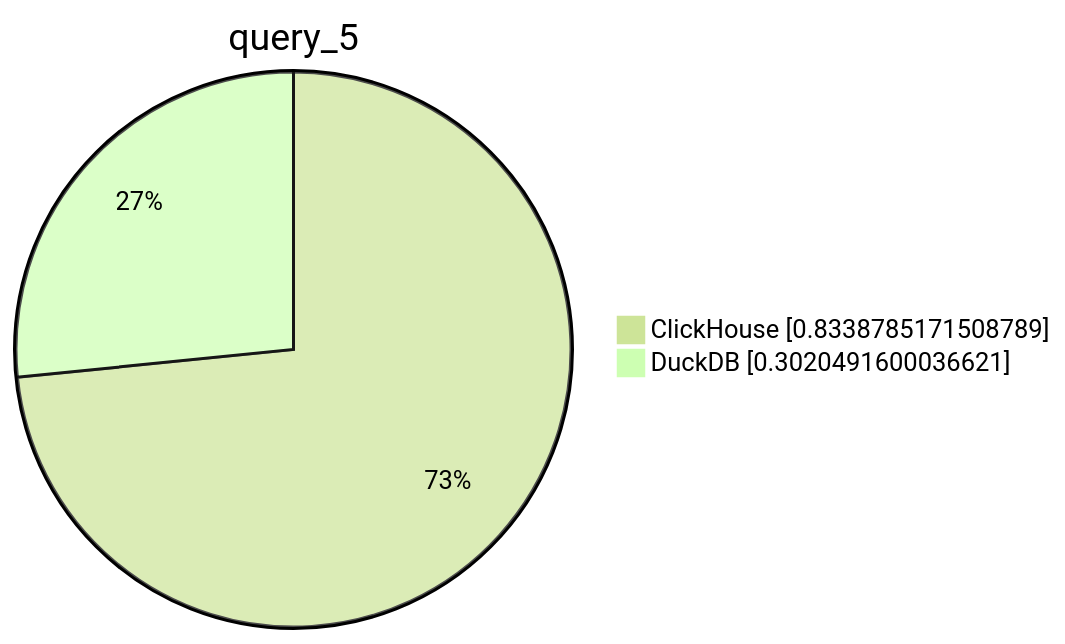
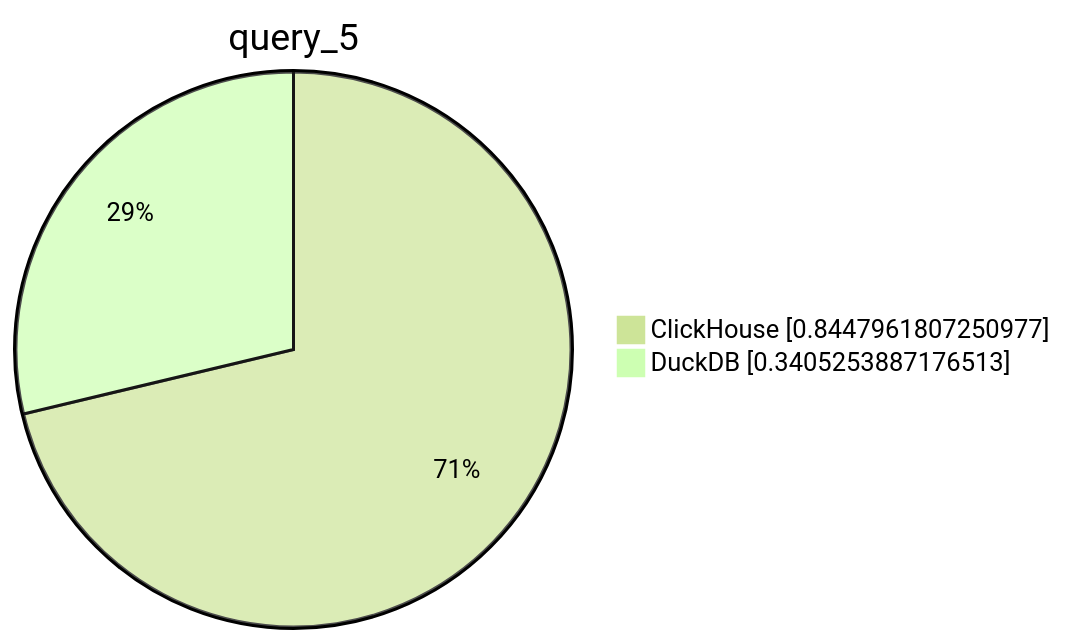
One commit to Altinity/clickhouse-regression changed the sixth of 10 diagrams in parquet/performance/performance_reports/results.md. Above: the diagram before and after it, drawn with Mermaid (forest theme). The commit also changed other lines of this file and 2 other files, not shown here.

````diff
--- a/parquet/performance/performance_reports/results.md
+++ b/parquet/performance/performance_reports/results.md
@@ -44,6 +44,6 @@
 ```mermaid
      pie showData
          title query_5
-         "ClickHouse" : 0.8338785171508789
-         "DuckDB" : 0.3020491600036621
+         "ClickHouse" : 0.8447961807250977
+         "DuckDB" : 0.3405253887176513
 ```
````
